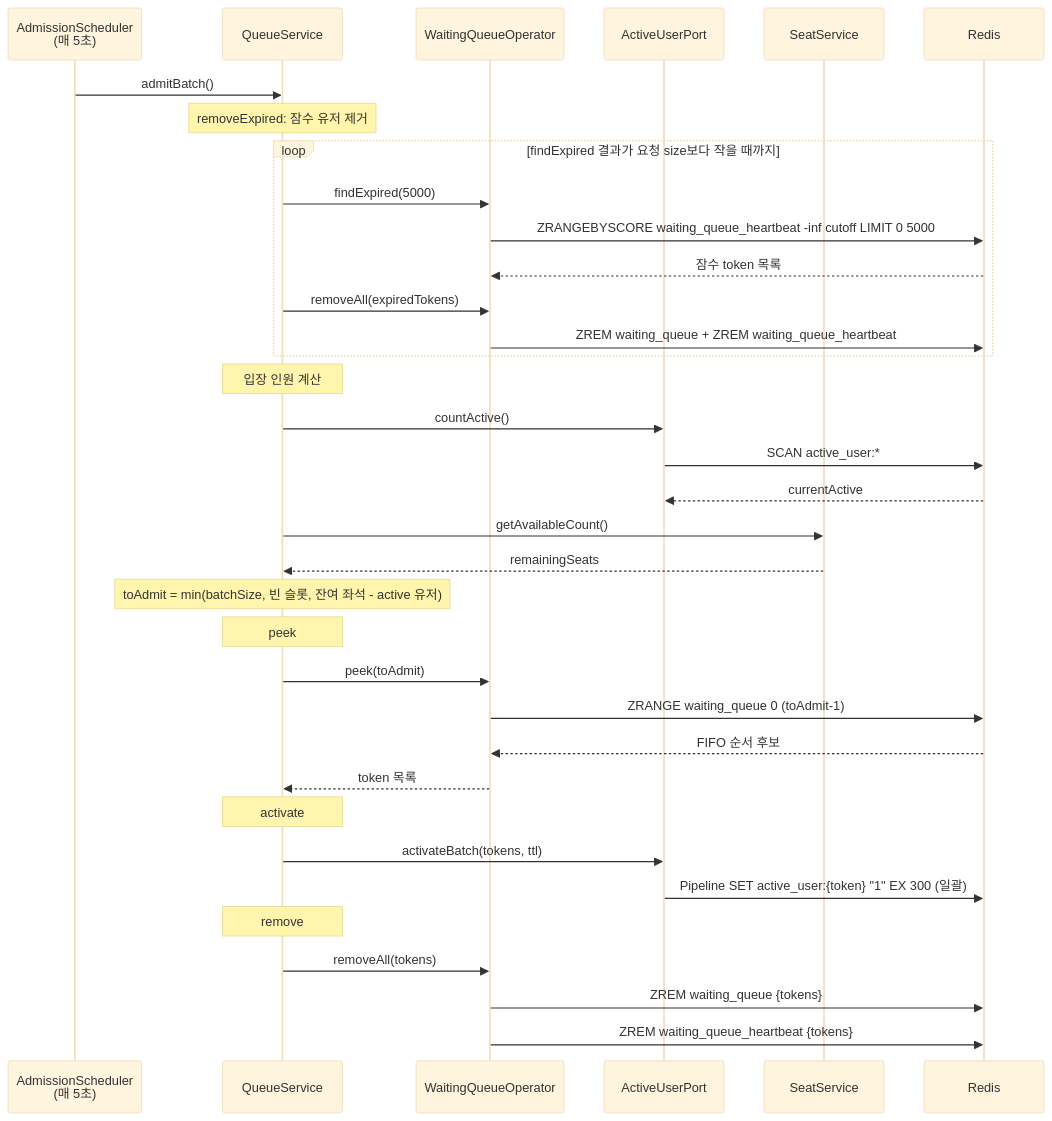
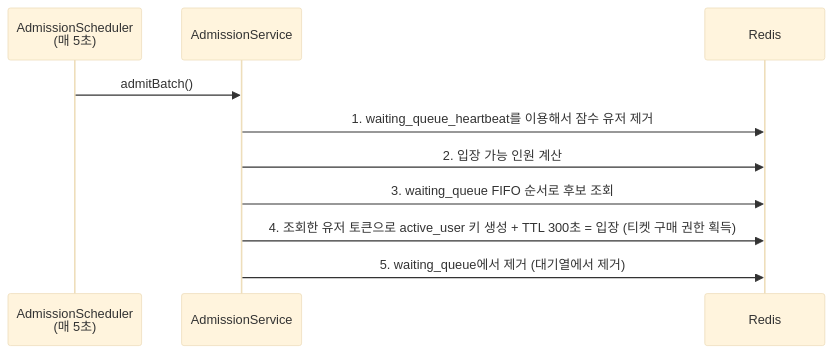
Before and after one commit to irnd04/zticket: the fourth of 8 diagrams in README.md, drawn with Mermaid (base theme). The commit also changed other lines of this file, not shown here.

Commit message:
docs: 다이어그램 간소화

````diff
--- a/README.md
+++ b/README.md
@@ -146,43 +122,14 @@
 ```mermaid
 sequenceDiagram
     participant S as AdmissionScheduler<br/>(매 5초)
-    participant Q as QueueService
-    participant O as WaitingQueueOperator
-    participant A as ActiveUserPort
-    participant SS as SeatService
+    participant AS as AdmissionService
     participant R as Redis
 
-    S->>Q: admitBatch()
+    S->>AS: admitBatch()
 
-    Note over Q: removeExpired: 잠수 유저 제거
-    loop findExpired 결과가 요청 size보다 작을 때까지
-        Q->>O: findExpired(5000)
-        O->>R: ZRANGEBYSCORE waiting_queue_heartbeat -inf cutoff LIMIT 0 5000
-        R-->>O: 잠수 token 목록
-        Q->>O: removeAll(expiredTokens)
-        O->>R: ZREM waiting_queue + ZREM waiting_queue_heartbeat
-    end
-
-    Note over Q: 입장 인원 계산
-    Q->>A: countActive()
-    A->>R: SCAN active_user:*
-    R-->>A: currentActive
-    Q->>SS: getAvailableCount()
-    SS-->>Q: remainingSeats
-    Note over Q: toAdmit = min(batchSize, 빈 슬롯, 잔여 좌석 - active 유저)
-
-    Note over Q: peek
-    Q->>O: peek(toAdmit)
-    O->>R: ZRANGE waiting_queue 0 (toAdmit-1)
-    R-->>O: FIFO 순서 후보
-    O-->>Q: token 목록
-
-    Note over Q: activate
-    Q->>A: activateBatch(tokens, ttl)
-    A->>R: Pipeline SET active_user:{token} "1" EX 300 (일괄)
-
-    Note over Q: remove
-    Q->>O: removeAll(tokens)
-    O->>R: ZREM waiting_queue {tokens}
-    O->>R: ZREM waiting_queue_heartbeat {tokens}
+    AS->>R: 1. waiting_queue_heartbeat를 이용해서 잠수 유저 제거
+    AS->>R: 2. 입장 가능 인원 계산
+    AS->>R: 3. waiting_queue FIFO 순서로 후보 조회
+    AS->>R: 4. 조회한 유저 토큰으로 active_user 키 생성 + TTL 300초 = 입장 (티켓 구매 권한 획득) 
+    AS->>R: 5. waiting_queue에서 제거 (대기열에서 제거)
 ```
````
